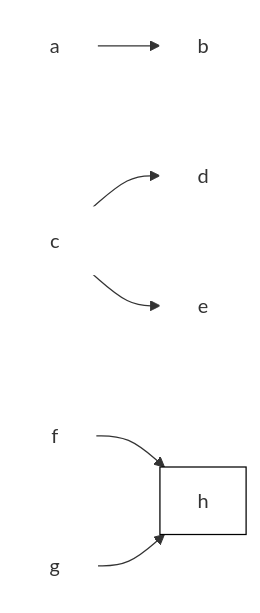
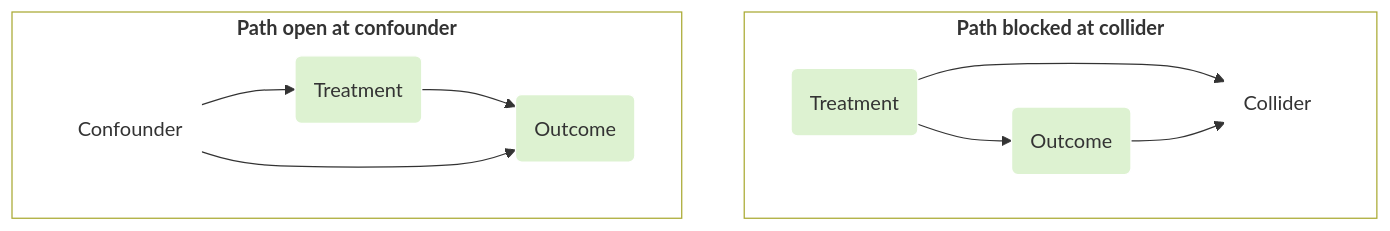
The first of 14 diagrams in book_birth_outcomes_summary/design_dag_2.md (birth-outcomes/birth_outcomes_summary), drawn with Mermaid before and after one commit. The commit also changed other lines of this file and 1 other file, not shown here.

`````diff
--- a/book_birth_outcomes_summary/design_dag_2.md
+++ b/book_birth_outcomes_summary/design_dag_2.md
@@ -58,23 +21,30 @@
 ````{mermaid}
-  flowchart LR;
+  flowchart TD;
 
-    a:::white;
-    b:::white;
-    c:::white;
-    d:::white;
-    e:::white;
-    f:::white;
-    g:::white;
-    h:::black;
+    block:::outline;
+    subgraph block["`**Path blocked at collider**`"]
+      a("Treatment"):::green;
+      y("Outcome"):::green;
+      x("Collider"):::white;
+    end
 
-    a --> b;
+    a --> y;
+    a --> x;
+    y --> x;
 
-    c --> d;
-    c --> e;
+    open:::outline;
+    subgraph open["`**Path open at confounder**`"]
+      a2("Treatment"):::green;
+      y2("Outcome"):::green;
+      x2("Confounder"):::white;
+    end
 
-    f --> h;
-    g --> h;
+    a2 --> y2;
+    x2 --> a2;
+    x2 --> y2;
 
     classDef white fill:#FFFFFF, stroke:#FFFFFF
     classDef black fill:#FFFFFF, stroke:#000000
+    classDef outline fill:#FFFFFF
+    classDef green fill:#DDF2D1, stroke: #FFFFFF;
 ````
`````
